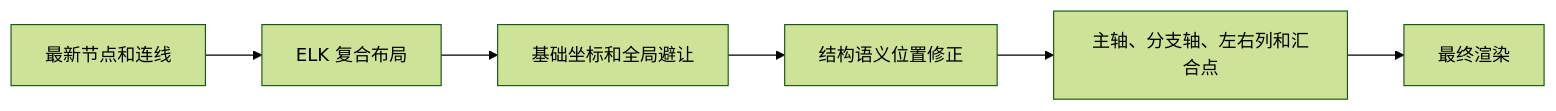
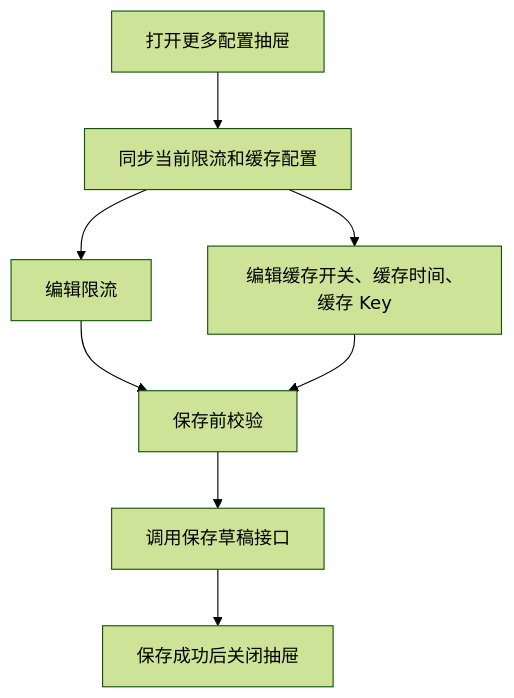
Before and after one commit to THZSummer/open-app: the ninth of 11 diagrams in front/doc/2026年6月文档/连接流配置需求设计说明书.md, drawn with Mermaid (forest theme). The commit also changed other lines of this file, not shown here.

````diff
--- a/front/doc/2026年6月文档/连接流配置需求设计说明书.md
+++ b/front/doc/2026年6月文档/连接流配置需求设计说明书.md
@@ -910,8 +572,10 @@
 ```mermaid
-flowchart LR
-  Input[最新节点和连线] --> Elk[ELK 复合布局]
-  Elk --> BasicPosition[基础坐标和全局避让]
-  BasicPosition --> Semantic[结构语义位置修正]
-  Semantic --> BusinessPosition[主轴、分支轴、左右列和汇合点]
-  BusinessPosition --> Render[最终渲染]
+flowchart TB
+  OpenMore[打开更多配置抽屉] --> SyncLocal[同步当前限流和缓存配置]
+  SyncLocal --> EditRate[编辑限流]
+  SyncLocal --> EditCache[编辑缓存开关、缓存时间、缓存 Key]
+  EditRate --> ValidateMore[保存前校验]
+  EditCache --> ValidateMore
+  ValidateMore --> SaveMore[调用保存草稿接口]
+  SaveMore --> CloseDrawer[保存成功后关闭抽屉]
 ```
````
